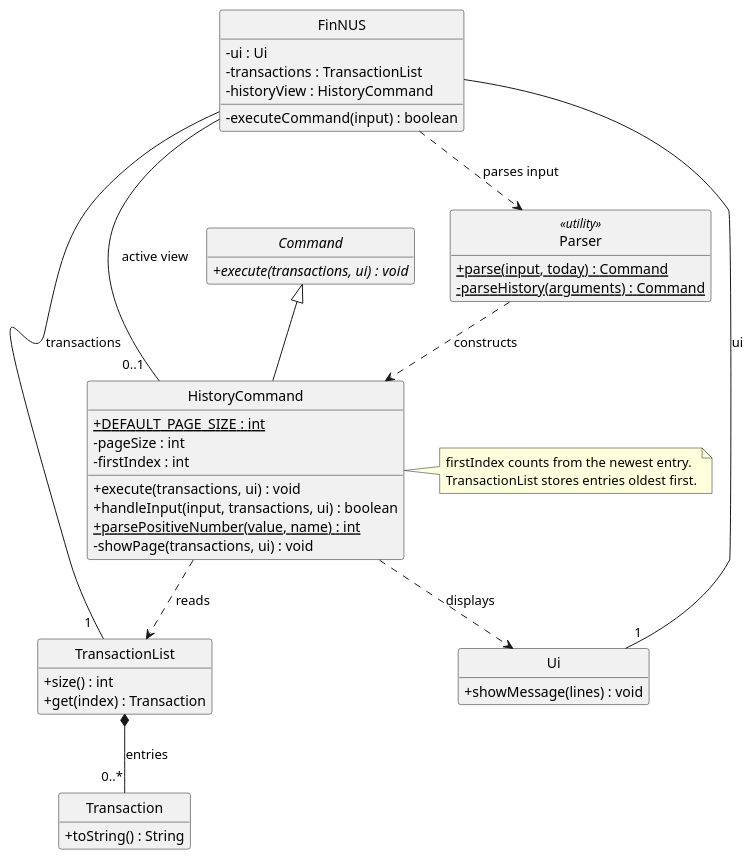
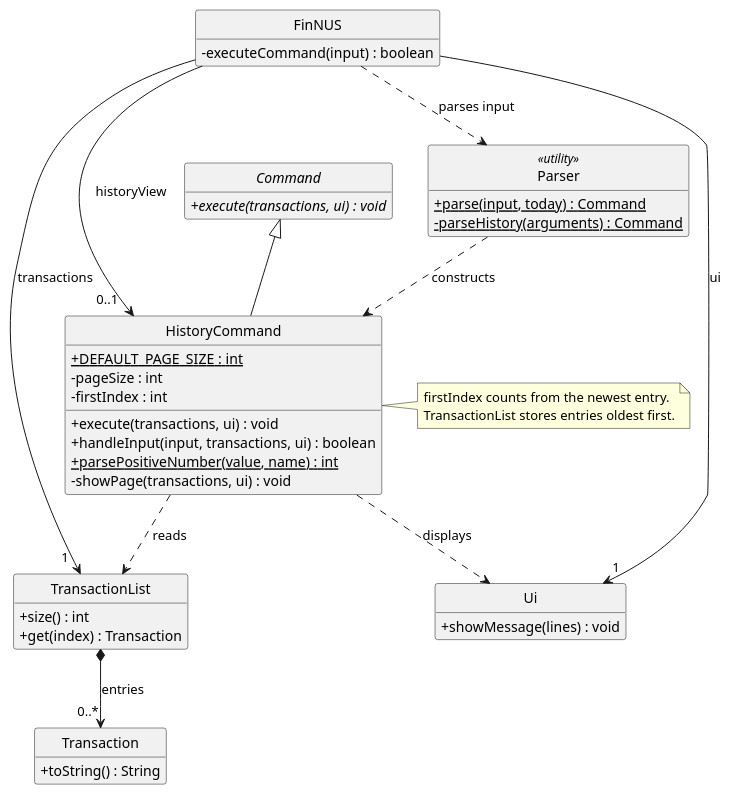
Before and after one commit to AY2627S1-CS2113-W13-2/tp: the diagram in docs/diagrams/HistoryClassDiagram.puml, drawn with PlantUML. The commit also changed 1 other file, not shown here.

```diff
--- a/docs/diagrams/HistoryClassDiagram.puml
+++ b/docs/diagrams/HistoryClassDiagram.puml
@@ -1,63 +1,60 @@
 @startuml HistoryClassDiagram
 ' @@author nkyjStar
 ' Only members relevant to paginated history are shown.
 ' Multiplicities describe an active session after the transaction list has loaded.
 hide circle
 hide empty members
 skinparam shadowing false
 skinparam classAttributeIconSize 0
 
 class FinNUS {
-    - ui : Ui
-    - transactions : TransactionList
-    - historyView : HistoryCommand
     - executeCommand(input) : boolean
 }
 
 class Parser <<utility>> {
     + {static} parse(input, today) : Command
     - {static} parseHistory(arguments) : Command
 }
 
 abstract class Command {
     + {abstract} execute(transactions, ui) : void
 }
 
 class HistoryCommand {
     + {static} DEFAULT_PAGE_SIZE : int
     - pageSize : int
     - firstIndex : int
     + execute(transactions, ui) : void
     + handleInput(input, transactions, ui) : boolean
     + {static} parsePositiveNumber(value, name) : int
     - showPage(transactions, ui) : void
 }
 
 class TransactionList {
     + size() : int
     + get(index) : Transaction
 }
 
 class Transaction {
     + toString() : String
 }
 
 class Ui {
     + showMessage(lines) : void
 }
 
 Command <|-- HistoryCommand
-FinNUS -- "1" Ui : ui
-FinNUS -- "1  " TransactionList : transactions
-FinNUS -- "0..1  " HistoryCommand : active view
+FinNUS --> "1" Ui : ui
+FinNUS --> "1  " TransactionList : transactions
+FinNUS --> "0..1  " HistoryCommand : historyView
 FinNUS ..> Parser : parses input
 Parser ..> HistoryCommand : constructs
 HistoryCommand ..> TransactionList : reads
 HistoryCommand ..> Ui : displays
-TransactionList *-- "0..*" Transaction : entries
+TransactionList *--> "0..*" Transaction : entries
 
 note right of HistoryCommand
   firstIndex counts from the newest entry.
   TransactionList stores entries oldest first.
 end note
 @enduml
```
